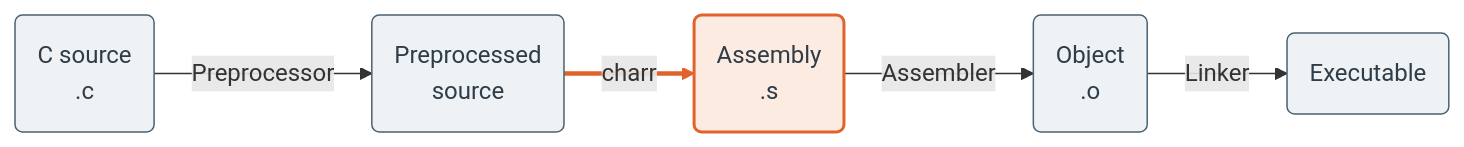
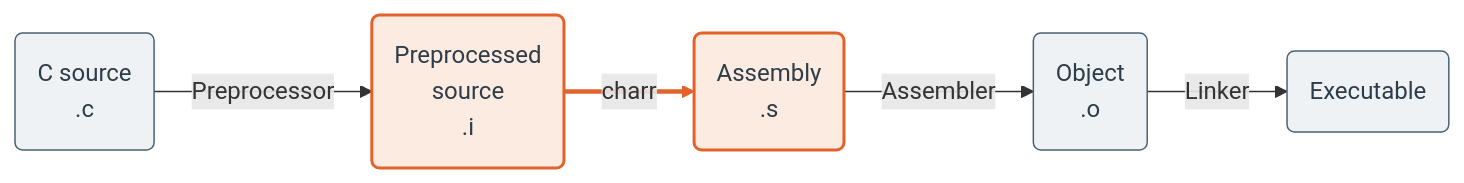
Before and after one commit to joshuanunn/charr: the first of 2 diagrams in README.md, drawn with Mermaid. The commit also changed other lines of this file, not shown here.

Commit message:
Expand compilation detail diagram

````diff
--- a/README.md
+++ b/README.md
@@ -120,19 +120,19 @@
 ```mermaid
 flowchart LR
     src("C source<br/>.c")
-    pp("Preprocessed<br/>source")
+    pp("Preprocessed<br/>source<br/>.i")
     asm("Assembly<br/>.s")
     obj("Object<br/>.o")
     exe("Executable")
 
     src -->|Preprocessor| pp
     pp -->|charr| asm
     asm -->|Assembler| obj
     obj -->|Linker| exe
 
     classDef stage fill:#EFF2F4,stroke:#4A6273,stroke-width:1px,color:#2E3D48;
     classDef out fill:#FCEBE0,stroke:#E2622B,stroke-width:2px,color:#2E3D48;
-    class src,pp,obj,exe stage;
-    class asm out;
+    class src,obj,exe stage;
+    class pp,asm out;
     linkStyle 1 stroke:#E2622B,stroke-width:3px;
 ```
````
